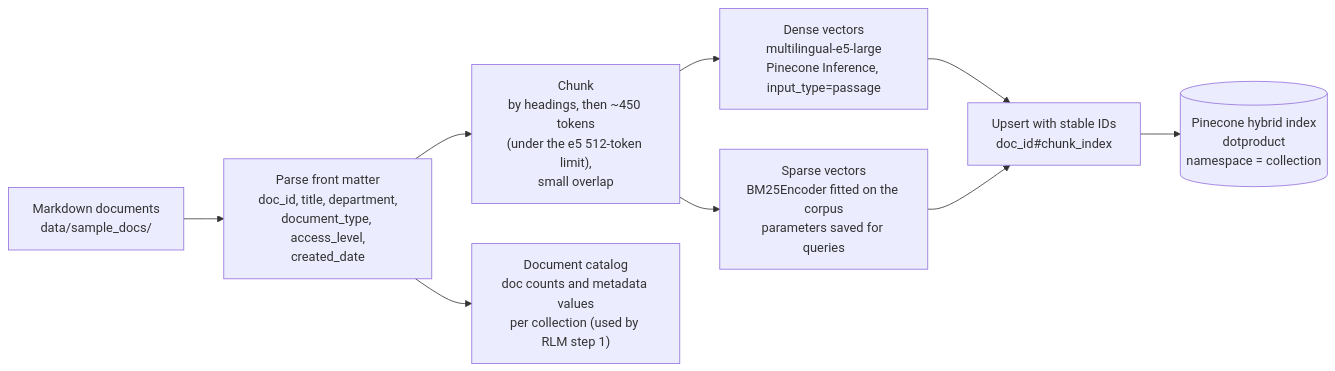
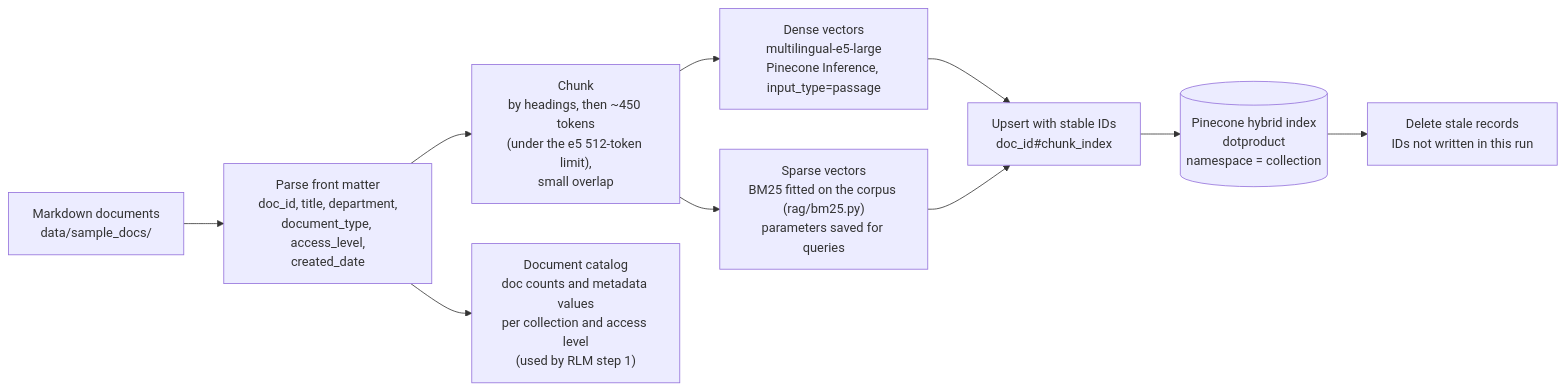
One commit to madukawala/enterprise-knowledge-agent changed the first of 2 diagrams in docs/architecture/04-search-pipeline.md. Above: the diagram before and after it, drawn with Mermaid. The commit also changed other lines of this file and 116 other files, not shown here.

````diff
--- a/docs/architecture/04-search-pipeline.md
+++ b/docs/architecture/04-search-pipeline.md
@@ -9,11 +14,12 @@
 ```mermaid
 flowchart LR
     A["Markdown documents<br/>data/sample_docs/"] --> B["Parse front matter<br/>doc_id, title, department,<br/>document_type, access_level,<br/>created_date"]
     B --> C["Chunk<br/>by headings, then ~450 tokens<br/>(under the e5 512-token limit),<br/>small overlap"]
     C --> D["Dense vectors<br/>multilingual-e5-large<br/>Pinecone Inference, input_type=passage"]
-    C --> E["Sparse vectors<br/>BM25Encoder fitted on the corpus<br/>parameters saved for queries"]
+    C --> E["Sparse vectors<br/>BM25 fitted on the corpus (rag/bm25.py)<br/>parameters saved for queries"]
     D --> F["Upsert with stable IDs<br/>doc_id#chunk_index"]
     E --> F
-    B --> G["Document catalog<br/>doc counts and metadata values<br/>per collection (used by RLM step 1)"]
+    B --> G["Document catalog<br/>doc counts and metadata values<br/>per collection and access level<br/>(used by RLM step 1)"]
     F --> H[("Pinecone hybrid index<br/>dotproduct<br/>namespace = collection")]
+    H --> X["Delete stale records<br/>IDs not written in this run"]
 ```
````
